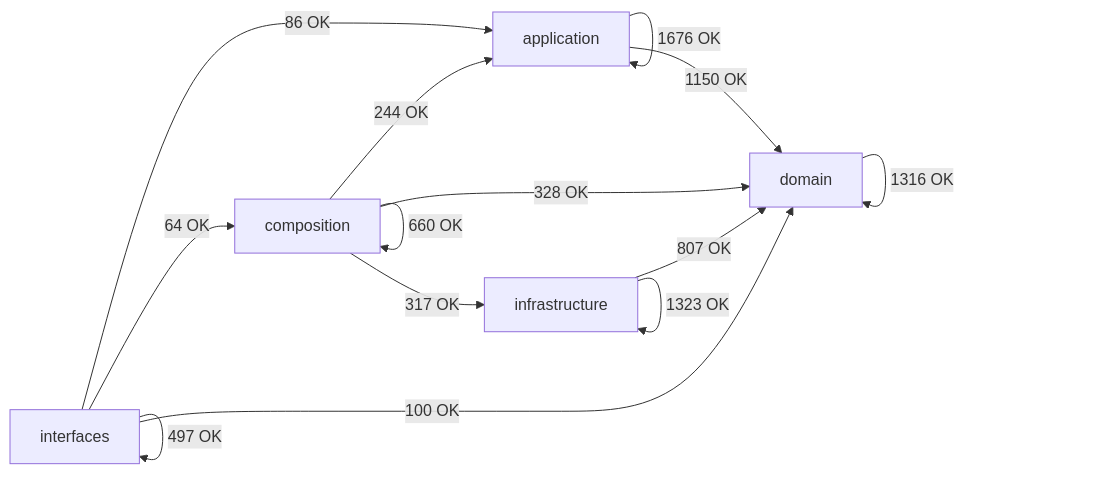
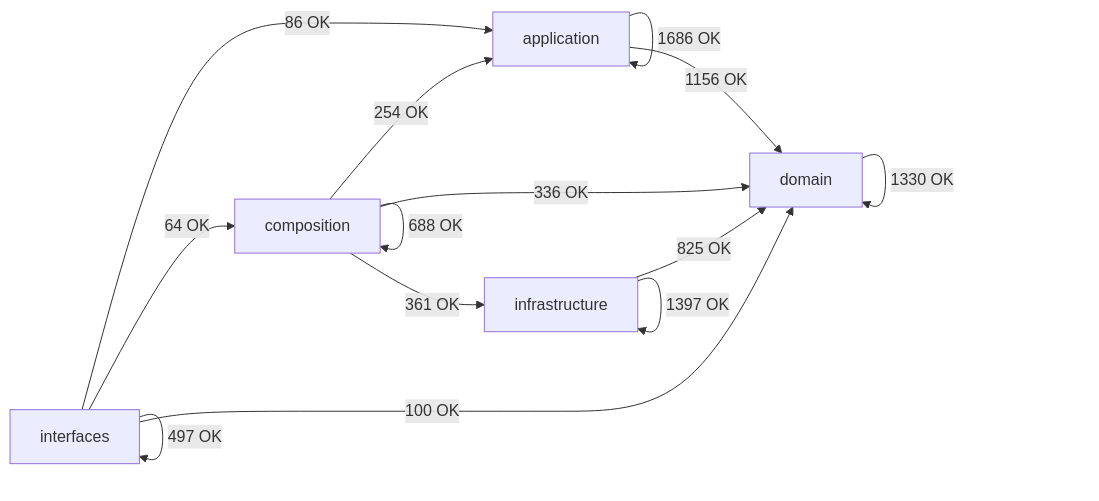
The diagram in docs/02-architecture/generated/module-dependency-map.md (SatoryKono/BioactivityDataAcquisition), drawn with Mermaid before and after one commit. The commit also changed other lines of this file and 443 other files, not shown here.

````diff
--- a/docs/02-architecture/generated/module-dependency-map.md
+++ b/docs/02-architecture/generated/module-dependency-map.md
@@ -17,21 +17,21 @@
 ```mermaid
 flowchart LR
     domain[domain]
     application[application]
     infrastructure[infrastructure]
     composition[composition]
     interfaces[interfaces]
-    application -->|1676 OK| application
-    application -->|1150 OK| domain
-    composition -->|244 OK| application
-    composition -->|660 OK| composition
-    composition -->|328 OK| domain
-    composition -->|317 OK| infrastructure
-    domain -->|1316 OK| domain
-    infrastructure -->|807 OK| domain
-    infrastructure -->|1323 OK| infrastructure
+    application -->|1686 OK| application
+    application -->|1156 OK| domain
+    composition -->|254 OK| application
+    composition -->|688 OK| composition
+    composition -->|336 OK| domain
+    composition -->|361 OK| infrastructure
+    domain -->|1330 OK| domain
+    infrastructure -->|825 OK| domain
+    infrastructure -->|1397 OK| infrastructure
     interfaces -->|86 OK| application
     interfaces -->|64 OK| composition
     interfaces -->|100 OK| domain
     interfaces -->|497 OK| interfaces
 ```
````
